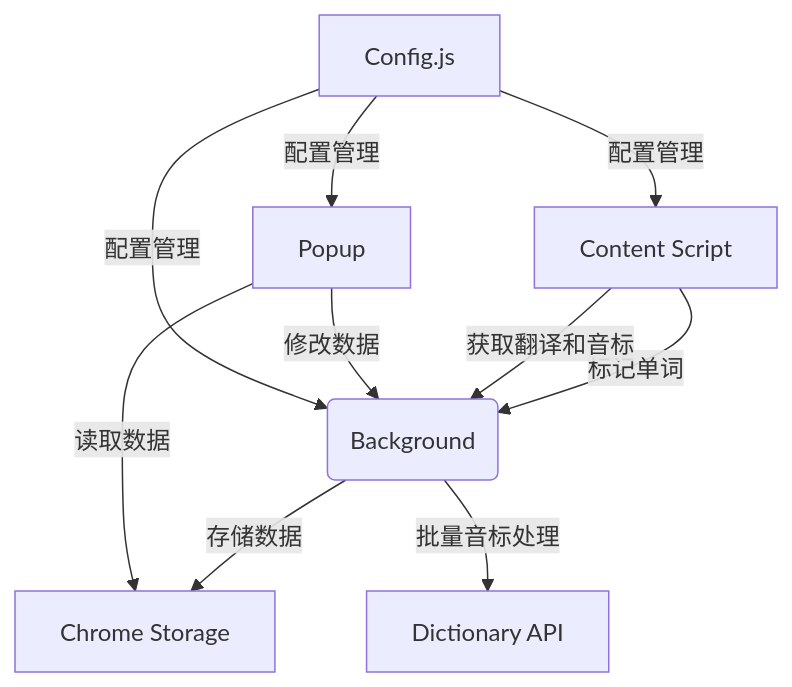
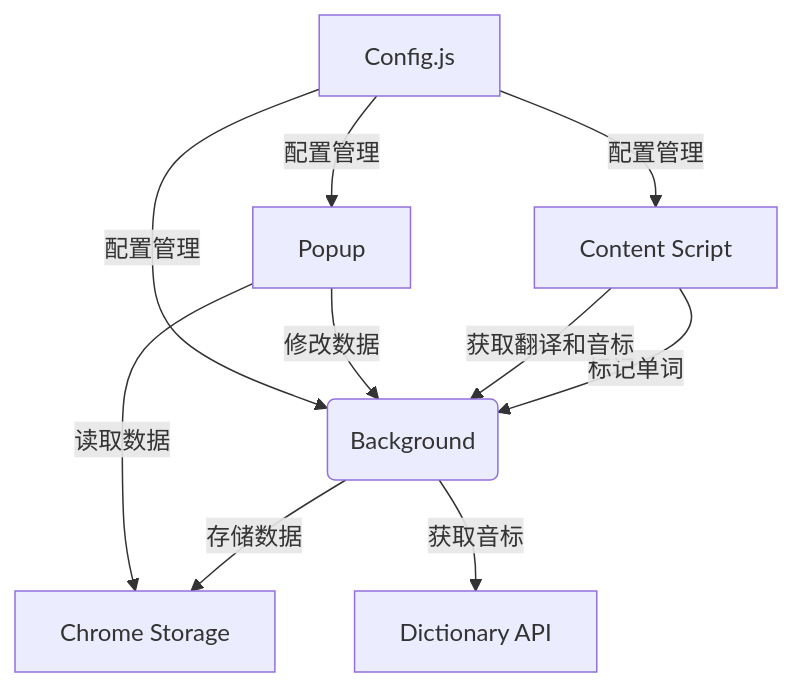
Before and after one commit to shixiuhai/chrome_english_study_crx: the diagram in README.md, drawn with Mermaid. The commit also changed other lines of this file and 1 other file, not shown here.

First line of the commit message:
docs: 更新文档中的功能描述和架构图

````diff
--- a/README.md
+++ b/README.md
@@ -104,12 +105,12 @@
 ```mermaid
 graph TD
     A[Content Script] -->|标记单词| B(Background)
     A -->|获取翻译和音标| B
     B -->|存储数据| C[Chrome Storage]
     D[Popup] -->|读取数据| C
     D -->|修改数据| B
-    B -->|批量音标处理| E[Dictionary API]
+    B -->|获取音标| E[Dictionary API]
     F[Config.js] -->|配置管理| A
     F -->|配置管理| B
     F -->|配置管理| D
 ```
````
